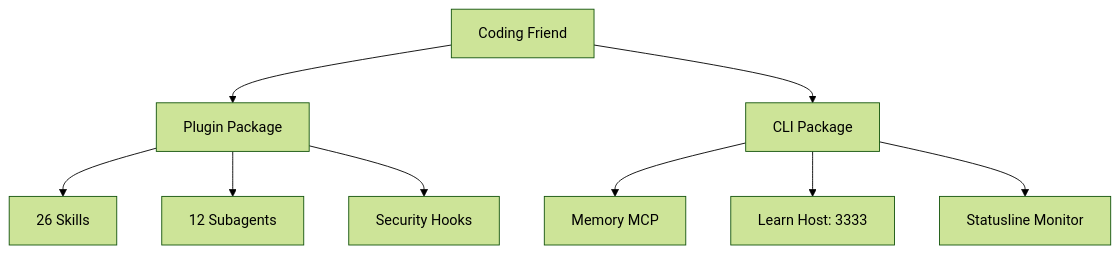
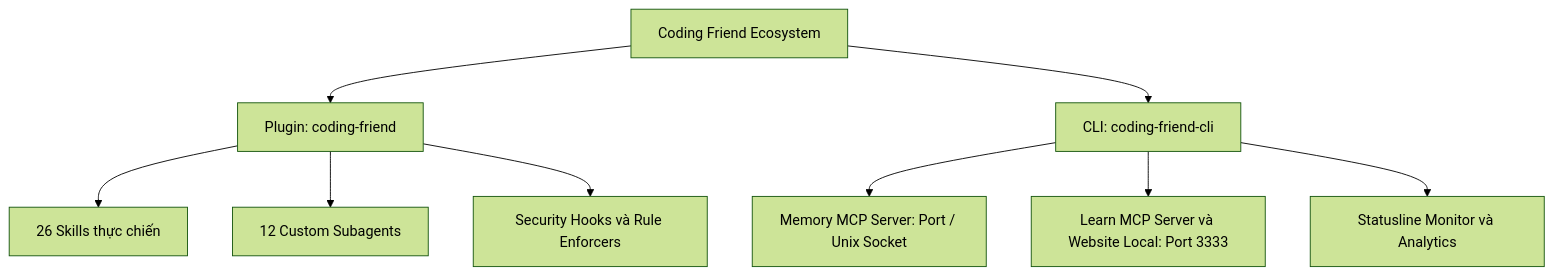
The first of 4 diagrams in content/posts/toan-tap-coding-friend-ai-engineering.md (nguyengoctin/my_website), drawn with Mermaid (forest theme) before and after one commit. The commit also changed other lines of this file, not shown here.

Commit message:
docs: update content and refine formatting in coding friend AI engineering post

````diff
--- a/content/posts/toan-tap-coding-friend-ai-engineering.md
+++ b/content/posts/toan-tap-coding-friend-ai-engineering.md
@@ -31,13 +31,11 @@
 ```mermaid
 flowchart TD
-    CF["Coding Friend"] --> Plugin["Plugin Package"]
-    CF --> CLI["CLI Package"]
-    
-    Plugin --> P1["26 Skills"]
-    Plugin --> P2["12 Subagents"]
-    Plugin --> P3["Security Hooks"]
-    
-    CLI --> C1["Memory MCP"]
-    CLI --> C2["Learn Host: 3333"]
-    CLI --> C3["Statusline Monitor"]
+    CF["Coding Friend Ecosystem"] --> Plugin["Plugin: coding-friend"]
+    CF --> CLI["CLI: coding-friend-cli"]
+    Plugin --> P1["26 Skills thực chiến"]
+    Plugin --> P2["12 Custom Subagents"]
+    Plugin --> P3["Security Hooks và Rule Enforcers"]
+    CLI --> C1["Memory MCP Server: Port / Unix Socket"]
+    CLI --> C2["Learn MCP Server và Website Local: Port 3333"]
+    CLI --> C3["Statusline Monitor và Analytics"]
 ```
````
